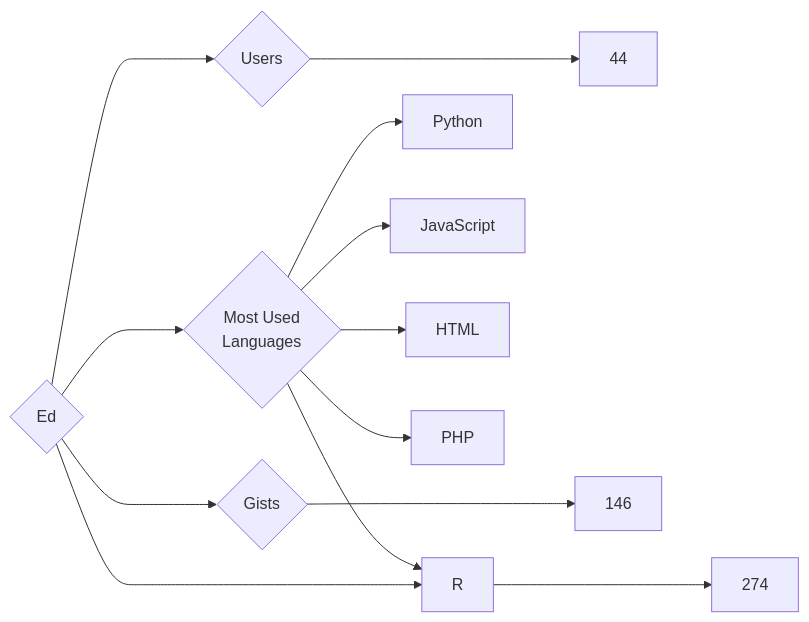
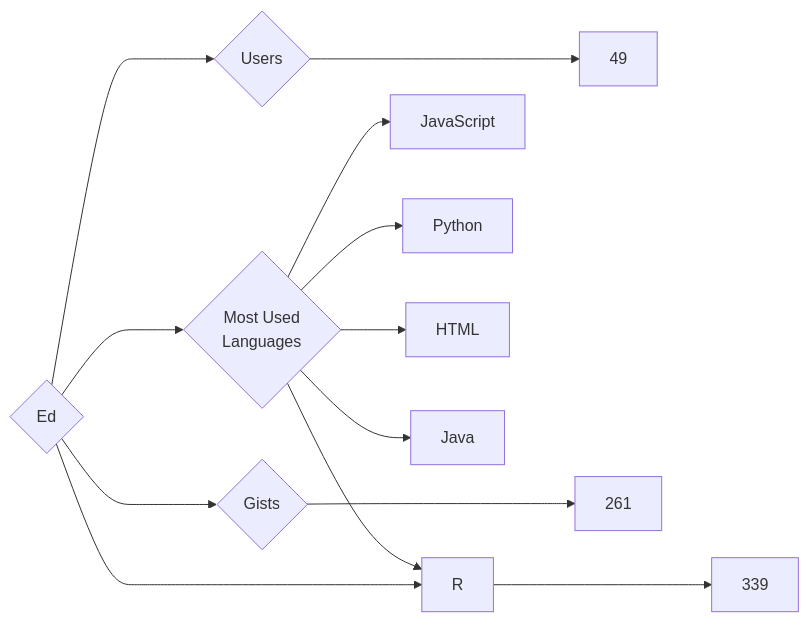
Before and after one commit to trickest/insiders: the diagram in targets/Ed/README.md, drawn with Mermaid. The commit also changed 953 other files, not shown here.

````diff
--- a/targets/Ed/README.md
+++ b/targets/Ed/README.md
@@ -3,13 +3,13 @@
 ```mermaid
 graph LR
 COMPANY_NAME{Ed}
-COMPANY_NAME ---> U{Users} ---> UN[44]
-COMPANY_NAME ---> R{Repositories} ---> RN[274]
-COMPANY_NAME ---> G{Gists} ---> GN[146]
+COMPANY_NAME ---> U{Users} ---> UN[49]
+COMPANY_NAME ---> R{Repositories} ---> RN[339]
+COMPANY_NAME ---> G{Gists} ---> GN[261]
 COMPANY_NAME ---> ML{Most Used<br>Languages}
+ML --> JavaScript[JavaScript]
 ML --> Python[Python]
-ML --> JavaScript[JavaScript]
 ML --> R[R]
 ML --> HTML[HTML]
-ML --> PHP[PHP]
+ML --> Java[Java]
 ```
````
